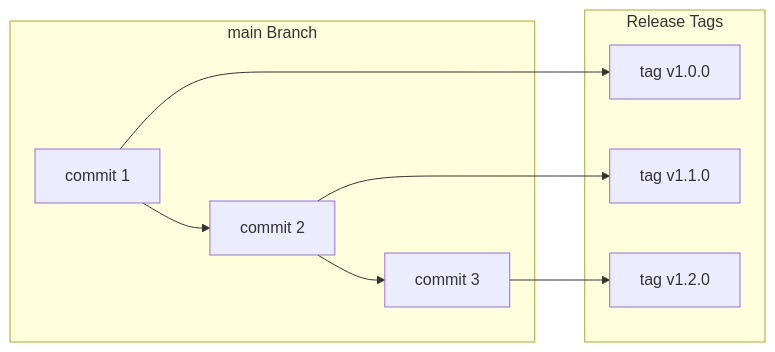
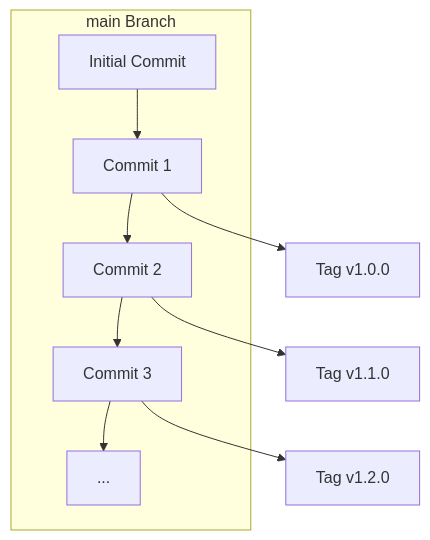
The diagram in README.md (int128/release-typescript-action), drawn with Mermaid before and after one commit.

````diff
--- a/README.md
+++ b/README.md
@@ -10,12 +10,9 @@
 ```mermaid
-graph LR
-  subgraph main Branch;
-    A[commit 1] --> B[commit 2];
-    B[commit 2] --> C[commit 3];
-  end;
-  subgraph Release Tags;
-    A --> RA[tag v1.0.0];
-    B --> RB[tag v1.1.0];
-    C --> RC[tag v1.2.0];
-  end;
+graph TB
+  subgraph branch [main Branch]
+    Z[Initial Commit] --> A[Commit 1] --> B[Commit 2] --> C[Commit 3] --> D[...]
+  end
+  A --> RA[Tag v1.0.0]
+  B --> RB[Tag v1.1.0]
+  C --> RC[Tag v1.2.0]
 ```
````
